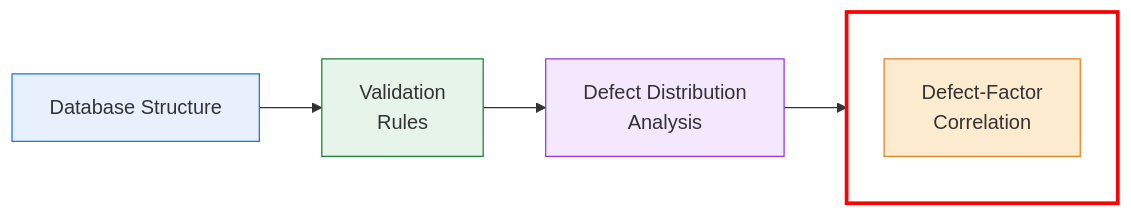
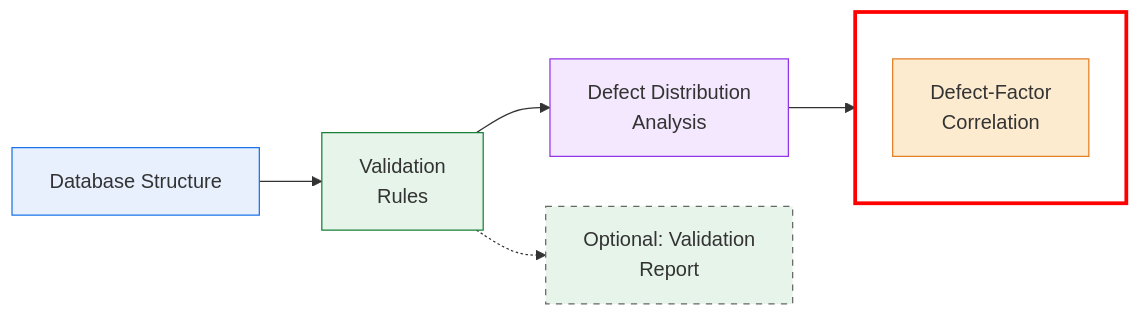
Before and after one commit to SewerDefectAnalysis/Defect_Factor_Interaction: the diagram in README.md, drawn with Mermaid.

````diff
--- a/README.md
+++ b/README.md
@@ -7,33 +7,35 @@
 ```mermaid
 %%{init: {'flowchart': {'nodeSpacing': 40, 'rankSpacing': 50}}}%%
 flowchart LR
 
     A[Database Structure]:::data --> B[Validation<br/>Rules]:::validation
     B --> D[Defect Distribution<br/>Analysis]:::analysis
-    D --> E[Defect-Factor<br/>Correlation]:::analysisP2
+    D --> E
 
-        %% Red box ONLY around E
+    C[Optional: Validation<br/>Report]:::optional
+    B -.-> C
+
+    %% Red box ONLY around E
     subgraph boxE[ ]
         direction TB
         E[Defect-Factor<br/>Correlation]:::analysisP2
     end
 
     style boxE stroke:#FF0000,stroke-width:3px,fill:none
-
 
     %% Click links
     click A "https://github.com/SewerDefectAnalysis/Database_Structure"
     click B "https://github.com/SewerDefectAnalysis/Data_validation"
     click C "https://github.com/SewerDefectAnalysis/Data_validation"
     click D "https://github.com/SewerDefectAnalysis/Defect_description"
     click E "https://github.com/SewerDefectAnalysis/Defect_Factor_Correlation"
 
     %% Styles
     classDef data fill:#E8F0FE,stroke:#1A73E8
     classDef validation fill:#E6F4EA,stroke:#188038
     classDef analysis fill:#F3E8FD,stroke:#9334E6
     classDef analysisP2 fill:#FDEBD0,stroke:#E67E22
     classDef optional fill:#E6F4EA,stroke:#666666,stroke-dasharray: 5 5
 
 
 ```
````
